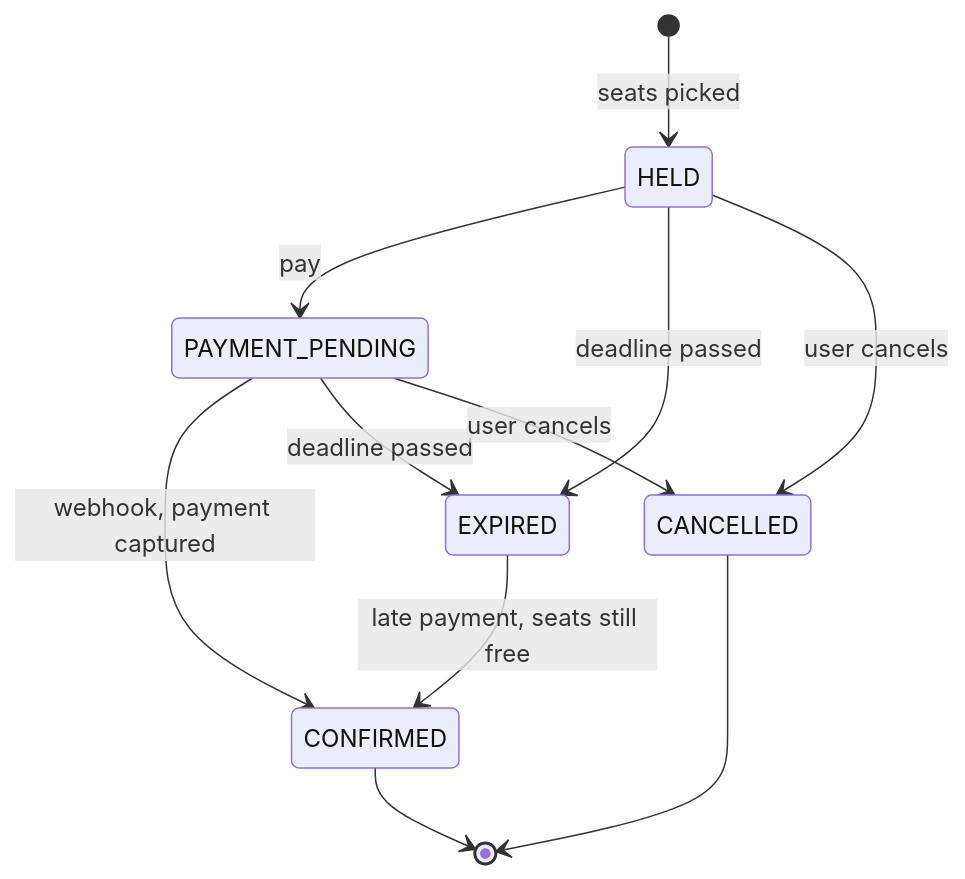
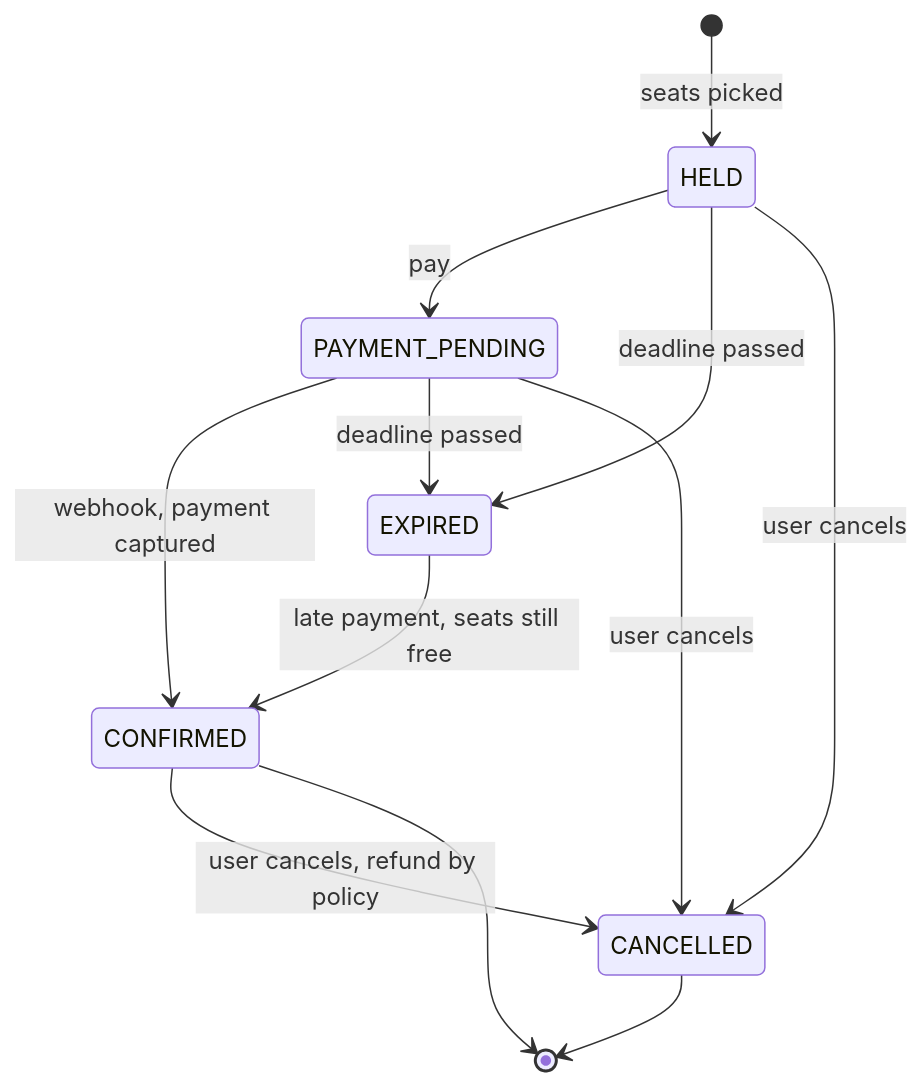
Before and after one commit to MrTestBud/SeatRush: the second of 2 diagrams in README.md, drawn with Mermaid. The commit also changed other lines of this file and 86 other files, not shown here.

````diff
--- a/README.md
+++ b/README.md
@@ -122,13 +139,14 @@
 ```mermaid
 stateDiagram-v2
     [*] --> HELD: seats picked
     HELD --> PAYMENT_PENDING: pay
     PAYMENT_PENDING --> CONFIRMED: webhook, payment captured
     HELD --> EXPIRED: deadline passed
     PAYMENT_PENDING --> EXPIRED: deadline passed
     HELD --> CANCELLED: user cancels
     PAYMENT_PENDING --> CANCELLED: user cancels
     EXPIRED --> CONFIRMED: late payment, seats still free
+    CONFIRMED --> CANCELLED: user cancels, refund by policy
     CONFIRMED --> [*]
     CANCELLED --> [*]
 ```
````
